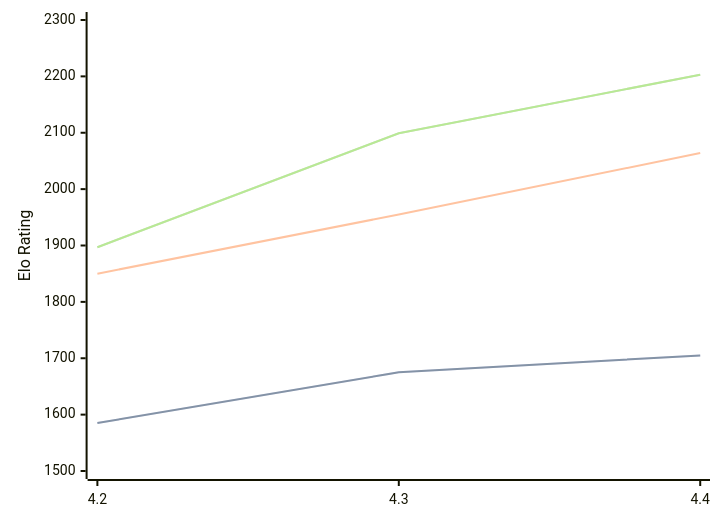
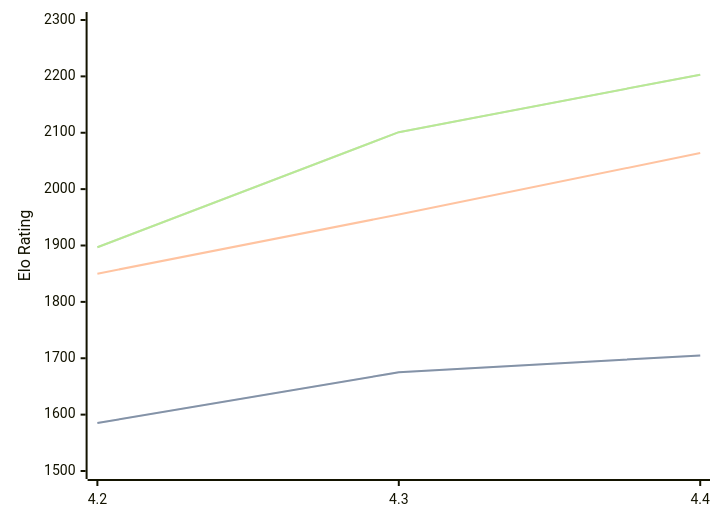
One commit to computer-chess-index/cci changed the diagram in engines/Radiance.md. Above: the diagram before and after it, drawn with Mermaid. The commit also changed other lines of this file, not shown here.

Commit message:
Update CCI Ratings (ELO VLTC) - 2026-09-18

````diff
--- a/engines/Radiance.md
+++ b/engines/Radiance.md
@@ -33,11 +33,11 @@
 ```mermaid
 %%{init: {"theme":"base","themeVariables":{"seriesColors:['#a3a3a3','#222221','#faa371']}}}%%
 xychart-beta
   x-axis ["4.2", "4.3", "4.4"]
   y-axis "Elo Rating" 1500 --> 2300
   line "" [1585, 1675, 1705]
   line "STC (8.0+0.08s)" [1585, 1675, 1705]
   line "LTC (60.0+0.60s)" [1850, 1955, 2064]
-  line "" [1897, 2099, 2203]
-  line "VLTC (2m24s+1.12s)" [1897, 2099, 2203]
+  line "" [1897, 2101, 2203]
+  line "VLTC (2m24s+1.12s)" [1897, 2101, 2203]
 ```
````
